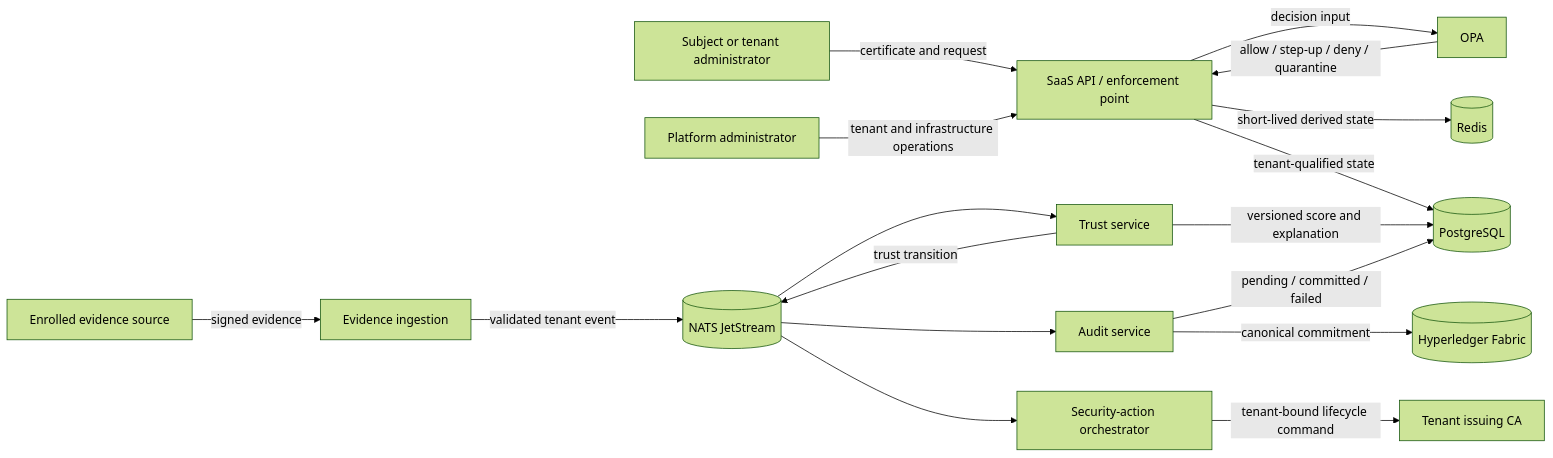
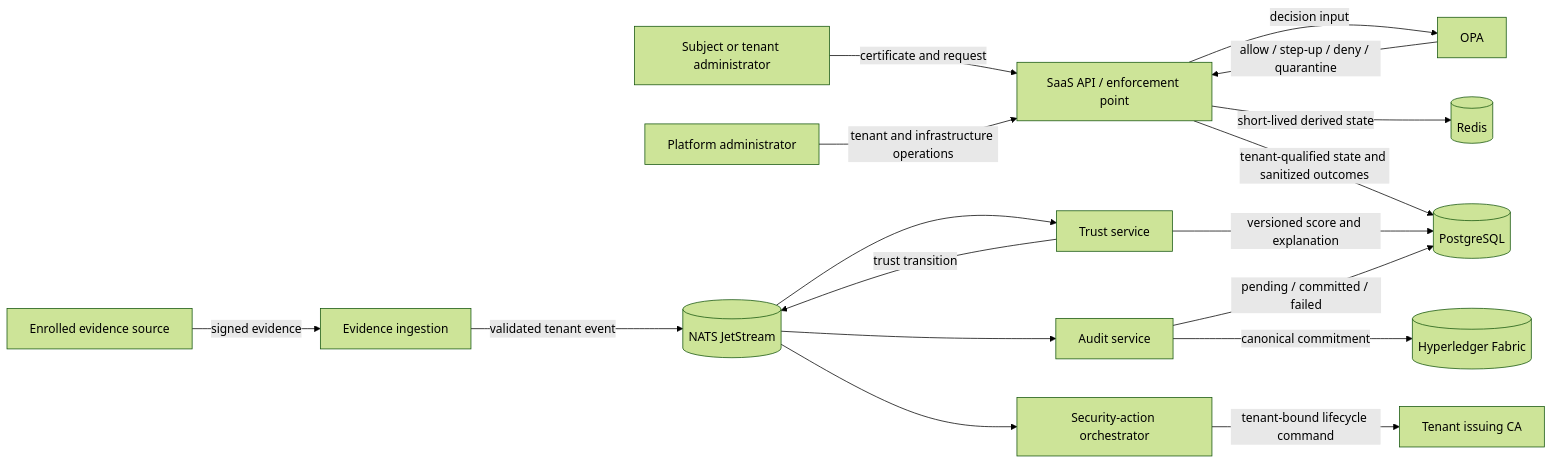
The diagram in docs/security/threat-model.md (kkomalpadiya/tenant_trust), drawn with Mermaid (forest theme) before and after one commit. The commit also changed other lines of this file and 28 other files, not shown here.

Commit message:
feat(api): capture correlated request outcomes

````diff
--- a/docs/security/threat-model.md
+++ b/docs/security/threat-model.md
@@ -27,19 +27,19 @@
 ```mermaid
 flowchart LR
     U[Subject or tenant administrator] -->|certificate and request| API[SaaS API / enforcement point]
     PA[Platform administrator] -->|tenant and infrastructure operations| API
-    API -->|tenant-qualified state| PG[(PostgreSQL)]
+    API -->|tenant-qualified state and sanitized outcomes| PG[(PostgreSQL)]
     API -->|short-lived derived state| R[(Redis)]
     API -->|decision input| OPA[OPA]
     ES[Enrolled evidence source] -->|signed evidence| EI[Evidence ingestion]
     EI -->|validated tenant event| NATS[(NATS JetStream)]
     NATS --> TRUST[Trust service]
     TRUST -->|versioned score and explanation| PG
     TRUST -->|trust transition| NATS
     OPA -->|allow / step-up / deny / quarantine| API
     NATS --> ORCH[Security-action orchestrator]
     ORCH -->|tenant-bound lifecycle command| CA[Tenant issuing CA]
     NATS --> AUDIT[Audit service]
     AUDIT -->|canonical commitment| FABRIC[(Hyperledger Fabric)]
     AUDIT -->|pending / committed / failed| PG
 ```
````
